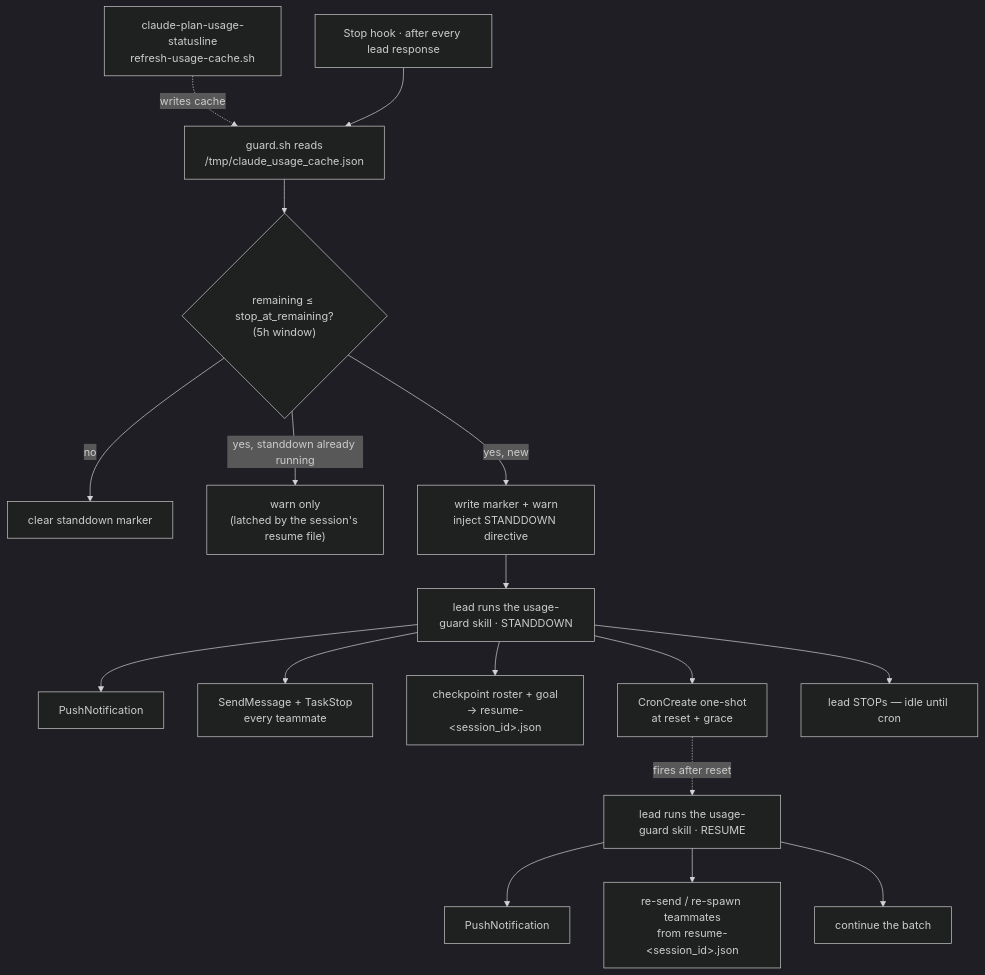
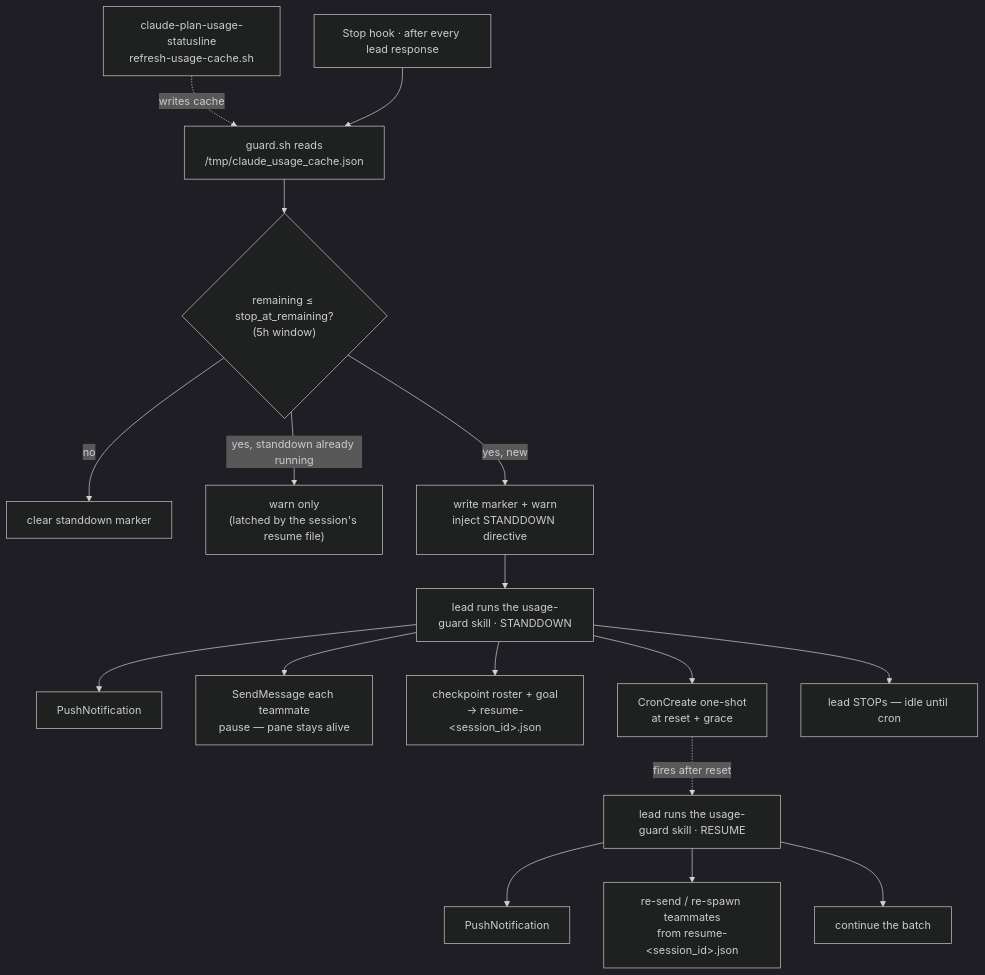
Before and after one commit to romacv/claude-usage-guard: the diagram in README.md, drawn with Mermaid (dark theme). The commit also changed other lines of this file and 2 other files, not shown here.

First line of the commit message:
Pause teammates on stand-down instead of killing them; add teammate self-standdown, deferral push, and orphan-marker reaper

````diff
--- a/README.md
+++ b/README.md
@@ -24,21 +24,21 @@
 ```mermaid
 flowchart TD
     P["claude-plan-usage-statusline<br/>refresh-usage-cache.sh"] -. writes cache .-> B
     A["Stop hook · after every lead response"] --> B["guard.sh reads<br/>/tmp/claude_usage_cache.json"]
     B --> C{"remaining ≤ stop_at_remaining?<br/>(5h window)"}
     C -->|no| E["clear standdown marker"]
     C -->|yes, standdown already running| W["warn only<br/>(latched by the session's resume file)"]
     C -->|yes, new| F["write marker + warn<br/>inject STANDDOWN directive"]
 
     F --> G["lead runs the usage-guard skill · STANDDOWN"]
     G --> N1["PushNotification"]
-    G --> T["SendMessage + TaskStop<br/>every teammate"]
+    G --> T["SendMessage each teammate<br/>pause — pane stays alive"]
     G --> R["checkpoint roster + goal<br/>→ resume-&lt;session_id&gt;.json"]
     G --> K["CronCreate one-shot<br/>at reset + grace"]
     G --> S["lead STOPs — idle until cron"]
 
     K -.fires after reset.-> Z["lead runs the usage-guard skill · RESUME"]
     Z --> N2["PushNotification"]
     Z --> RH["re-send / re-spawn teammates<br/>from resume-&lt;session_id&gt;.json"]
     Z --> CO["continue the batch"]
 ```
````
